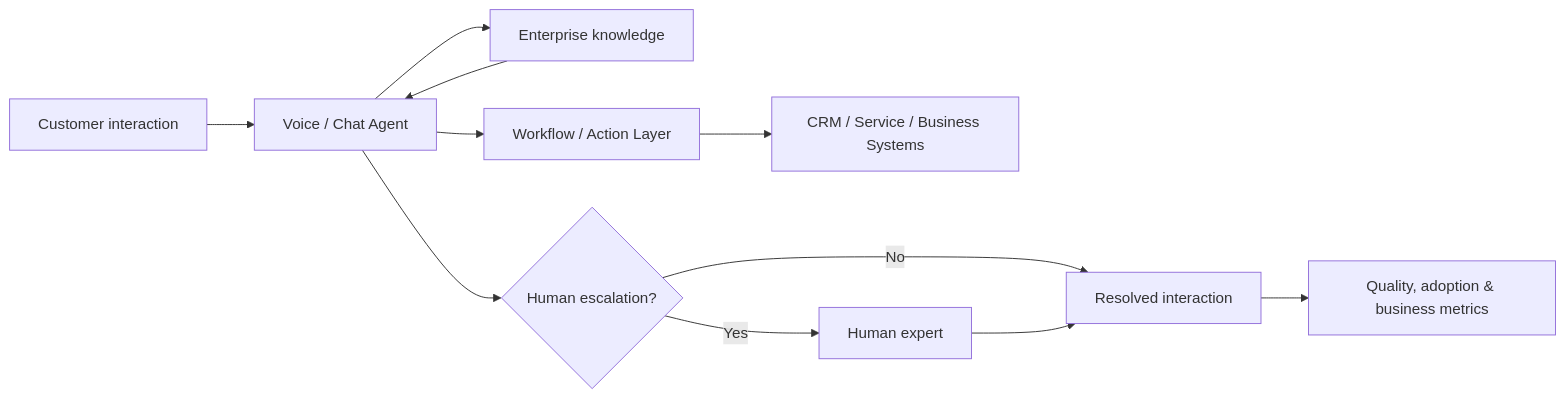
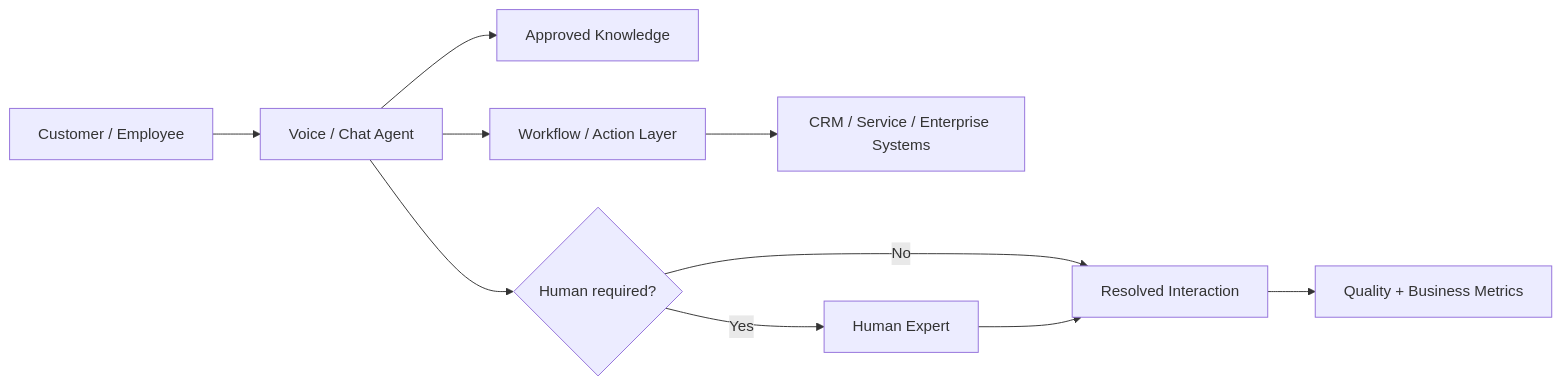
One commit to psilva-git/enterprise-ai-delivery changed the seventh of 7 diagrams in README.md. Above: the diagram before and after it, drawn with Mermaid. The commit also changed other lines of this file, not shown here.

````diff
--- a/README.md
+++ b/README.md
@@ -169,13 +205,12 @@
 ```mermaid
 flowchart LR
-    U[Customer interaction] --> A[Voice / Chat Agent]
-    A --> K[Enterprise knowledge]
-    A --> W[Workflow / Action Layer]
-    K --> A
-    W --> SYS[CRM / Service / Business Systems]
-    A --> H{Human escalation?}
-    H -- Yes --> P[Human expert]
-    H -- No --> R[Resolved interaction]
-    P --> R
-    R --> MET[Quality, adoption & business metrics]
+    USER[Customer / Employee] --> AI[Voice / Chat Agent]
+    AI --> KNOW[Approved Knowledge]
+    AI --> WORK[Workflow / Action Layer]
+    WORK --> SYS[CRM / Service / Enterprise Systems]
+    AI --> DECIDE{Human required?}
+    DECIDE -- Yes --> HUMAN[Human Expert]
+    DECIDE -- No --> RESULT[Resolved Interaction]
+    HUMAN --> RESULT
+    RESULT --> KPI[Quality + Business Metrics]
 ```
````
